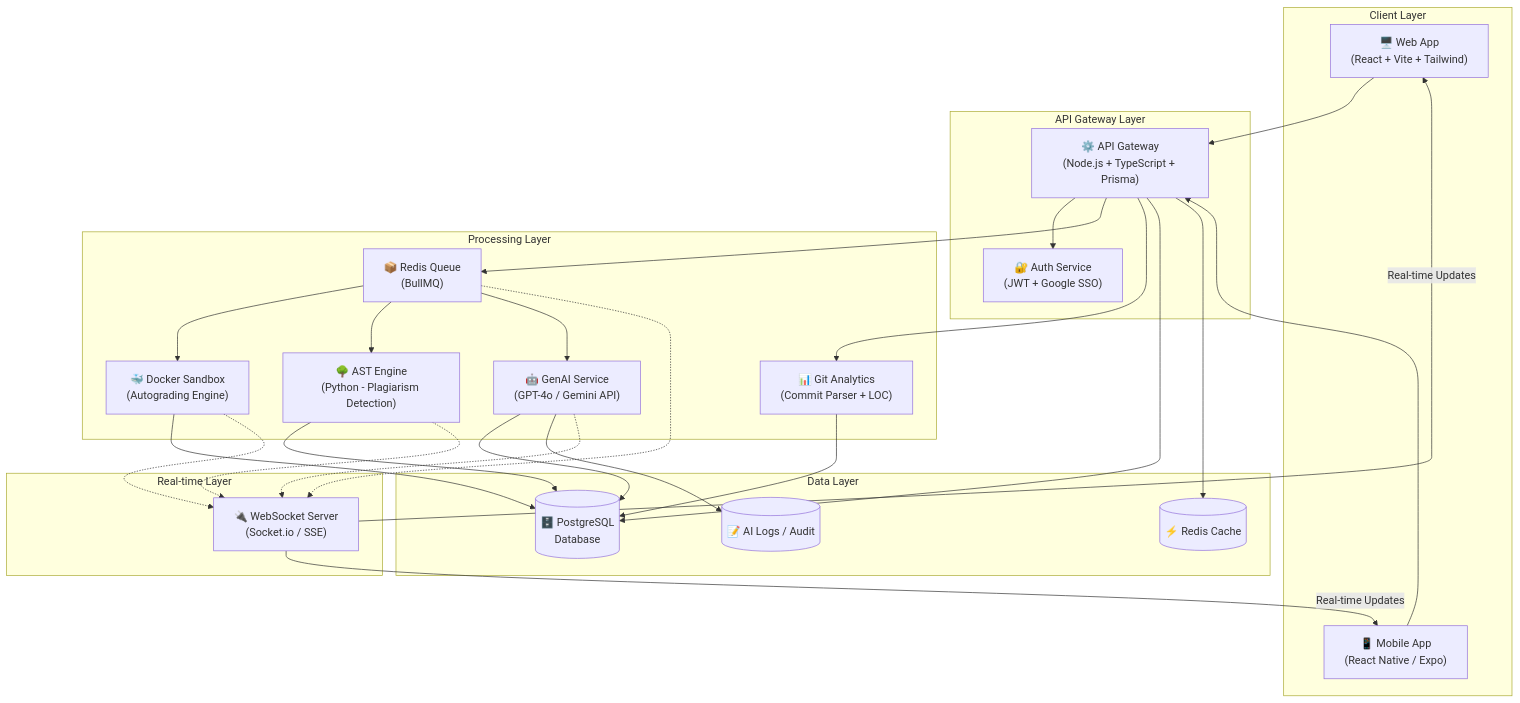
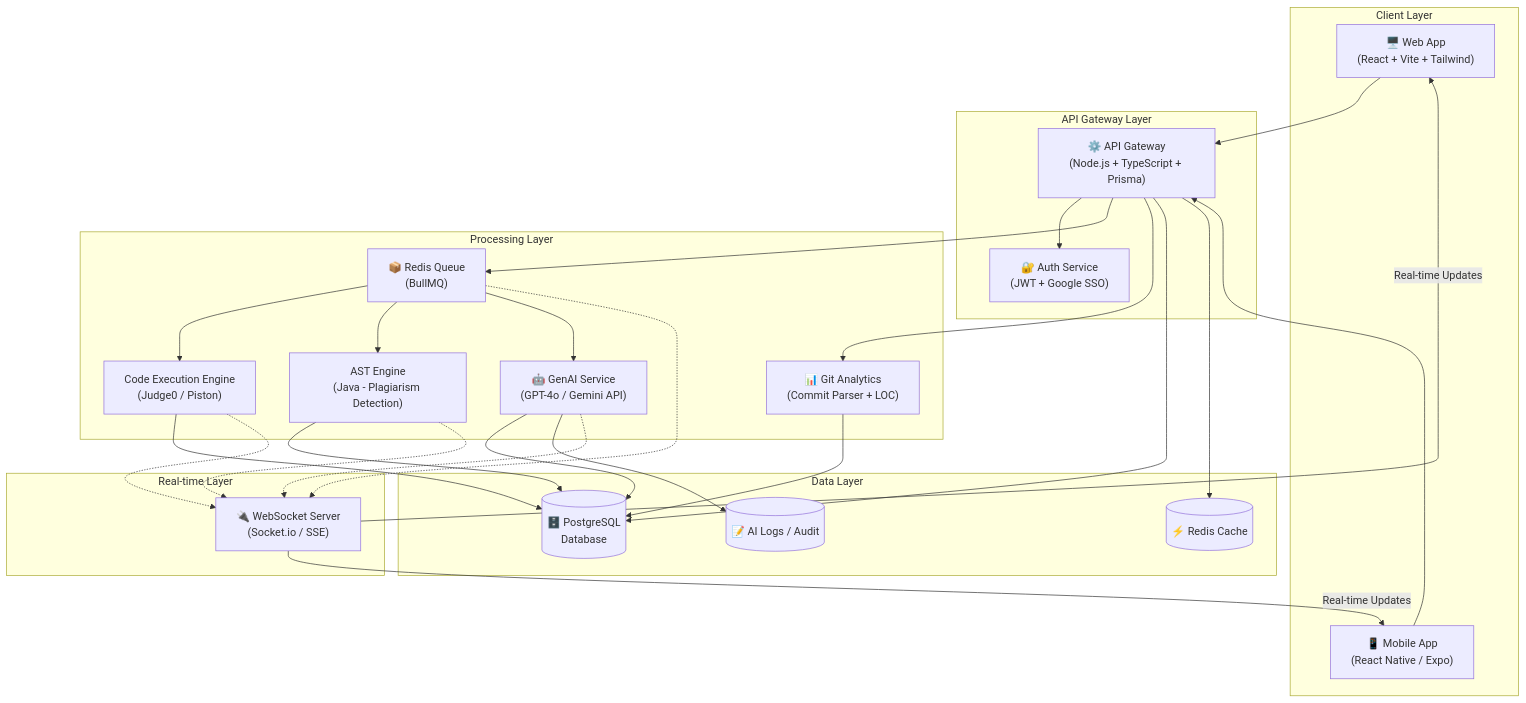
The first of 10 diagrams in docs/01_SRS/AITA_SRS_Document.md (qucthih/SWP391_Group3), drawn with Mermaid before and after one commit. The commit also changed other lines of this file, not shown here.

````diff
--- a/docs/01_SRS/AITA_SRS_Document.md
+++ b/docs/01_SRS/AITA_SRS_Document.md
@@ -83,54 +83,54 @@
 ```mermaid
 graph TB
     subgraph "Client Layer"
         WEB["🖥️ Web App<br/>(React + Vite + Tailwind)"]
         MOBILE["📱 Mobile App<br/>(React Native / Expo)"]
     end
 
     subgraph "Real-time Layer"
         WS["🔌 WebSocket Server<br/>(Socket.io / SSE)"]
     end
 
     subgraph "API Gateway Layer"
         API["⚙️ API Gateway<br/>(Node.js + TypeScript + Prisma)"]
         AUTH["🔐 Auth Service<br/>(JWT + Google SSO)"]
     end
 
     subgraph "Processing Layer"
         REDIS["📦 Redis Queue<br/>(BullMQ)"]
-        SANDBOX["🐳 Docker Sandbox<br/>(Autograding Engine)"]
-        AST["🌳 AST Engine<br/>(Python - Plagiarism Detection)"]
+        SANDBOX["Code Execution Engine<br/>(Judge0 / Piston)"]
+        AST["AST Engine<br/>(Java - Plagiarism Detection)"]
         LLM["🤖 GenAI Service<br/>(GPT-4o / Gemini API)"]
         GIT["📊 Git Analytics<br/>(Commit Parser + LOC)"]
     end
 
     subgraph "Data Layer"
         DB[("🗄️ PostgreSQL<br/>Database")]
         CACHE[("⚡ Redis Cache")]
         AUDIT[("📝 AI Logs / Audit")]
     end
 
     WEB & MOBILE --> API
     API --> AUTH
     API --> REDIS
     API --> GIT
     
     REDIS --> SANDBOX
     REDIS --> AST
     REDIS --> LLM
     
     SANDBOX --> DB
     AST --> DB
     LLM --> DB
     GIT --> DB
     LLM --> AUDIT
     API --> DB
     API --> CACHE
     
     REDIS -.-> WS
     SANDBOX -.-> WS
     AST -.-> WS
     LLM -.-> WS
     WS -->|"Real-time Updates"| WEB
     WS -->|"Real-time Updates"| MOBILE
 ```
````
